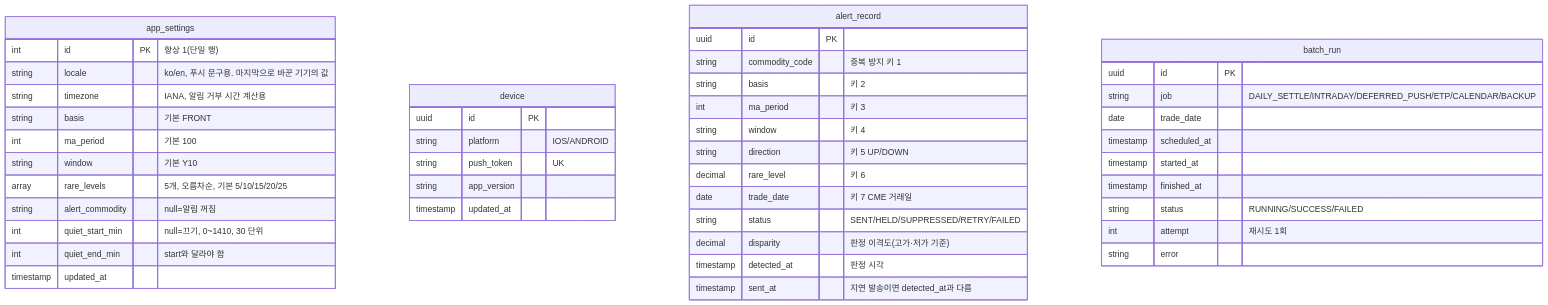
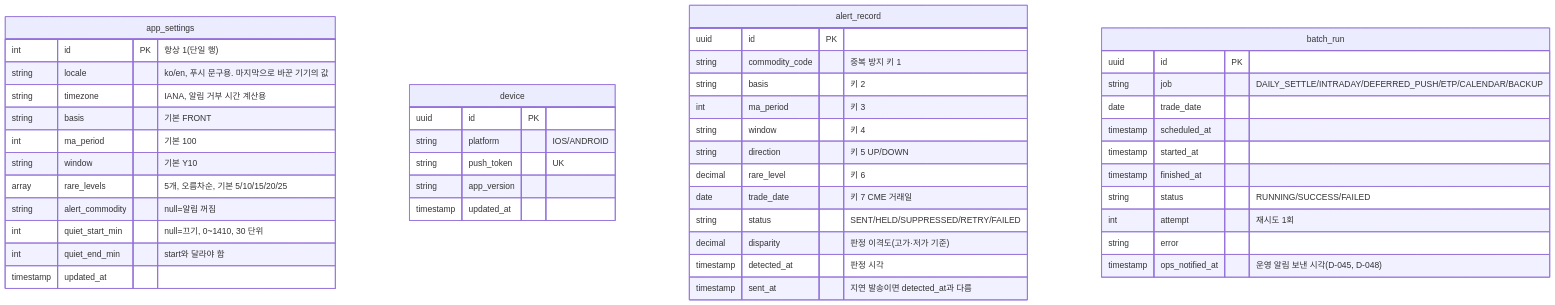
The third of 3 diagrams in docs/data-model.md (seyoun10/futureETP), drawn with Mermaid before and after one commit. The commit also changed other lines of this file and 5 other files, not shown here.

````diff
--- a/docs/data-model.md
+++ b/docs/data-model.md
@@ -231,48 +232,49 @@
 ```mermaid
 erDiagram
     app_settings {
         int id PK "항상 1(단일 행)"
         string locale "ko/en, 푸시 문구용. 마지막으로 바꾼 기기의 값"
         string timezone "IANA, 알림 거부 시간 계산용"
         string basis "기본 FRONT"
         int ma_period "기본 100"
         string window "기본 Y10"
         array rare_levels "5개, 오름차순, 기본 5/10/15/20/25"
         string alert_commodity "null=알림 꺼짐"
         int quiet_start_min "null=끄기, 0~1410, 30 단위"
         int quiet_end_min "start와 달라야 함"
         timestamp updated_at
     }
     device {
         uuid id PK
         string platform "IOS/ANDROID"
         string push_token "UK"
         string app_version
         timestamp updated_at
     }
     alert_record {
         uuid id PK
         string commodity_code "중복 방지 키 1"
         string basis "키 2"
         int ma_period "키 3"
         string window "키 4"
         string direction "키 5 UP/DOWN"
         decimal rare_level "키 6"
         date trade_date "키 7 CME 거래일"
         string status "SENT/HELD/SUPPRESSED/RETRY/FAILED"
         decimal disparity "판정 이격도(고가·저가 기준)"
         timestamp detected_at "판정 시각"
         timestamp sent_at "지연 발송이면 detected_at과 다름"
     }
     batch_run {
         uuid id PK
         string job "DAILY_SETTLE/INTRADAY/DEFERRED_PUSH/ETP/CALENDAR/BACKUP"
         date trade_date
         timestamp scheduled_at
         timestamp started_at
         timestamp finished_at
         string status "RUNNING/SUCCESS/FAILED"
         int attempt "재시도 1회"
         string error
+        timestamp ops_notified_at "운영 알림 보낸 시각(D-045, D-048)"
     }
 ```
````
